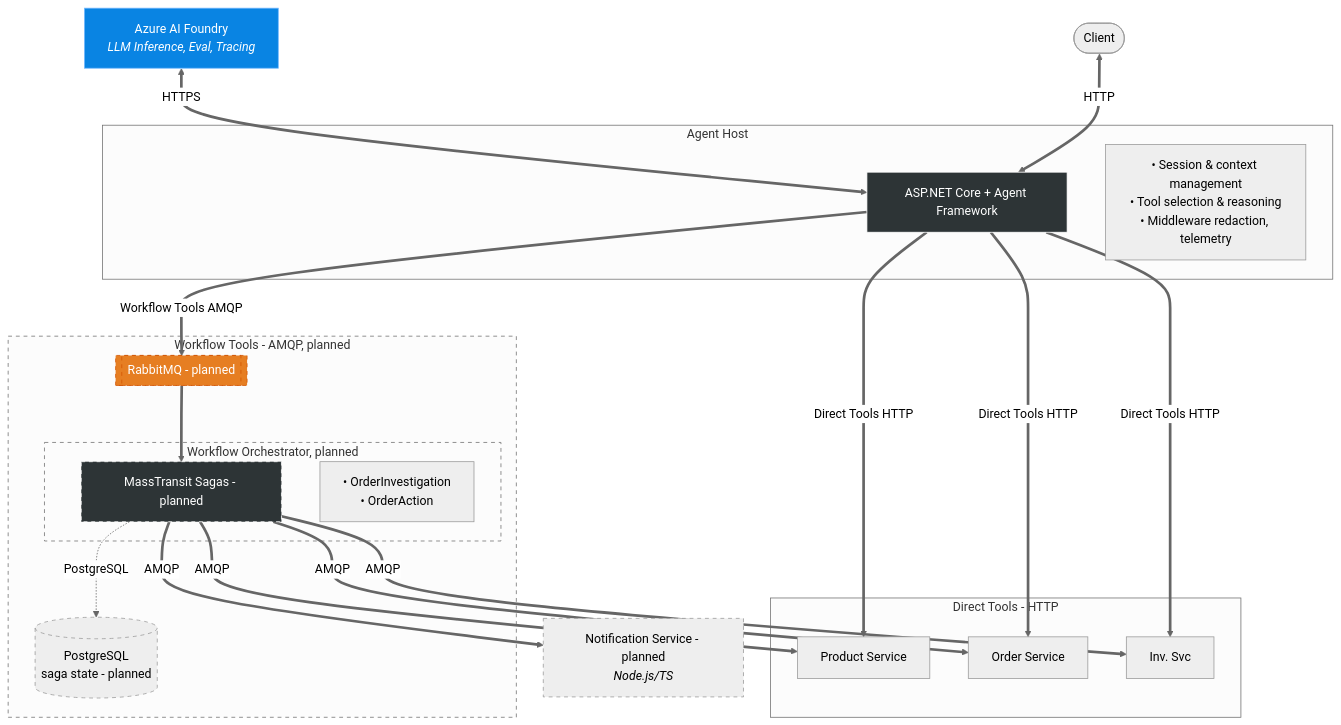
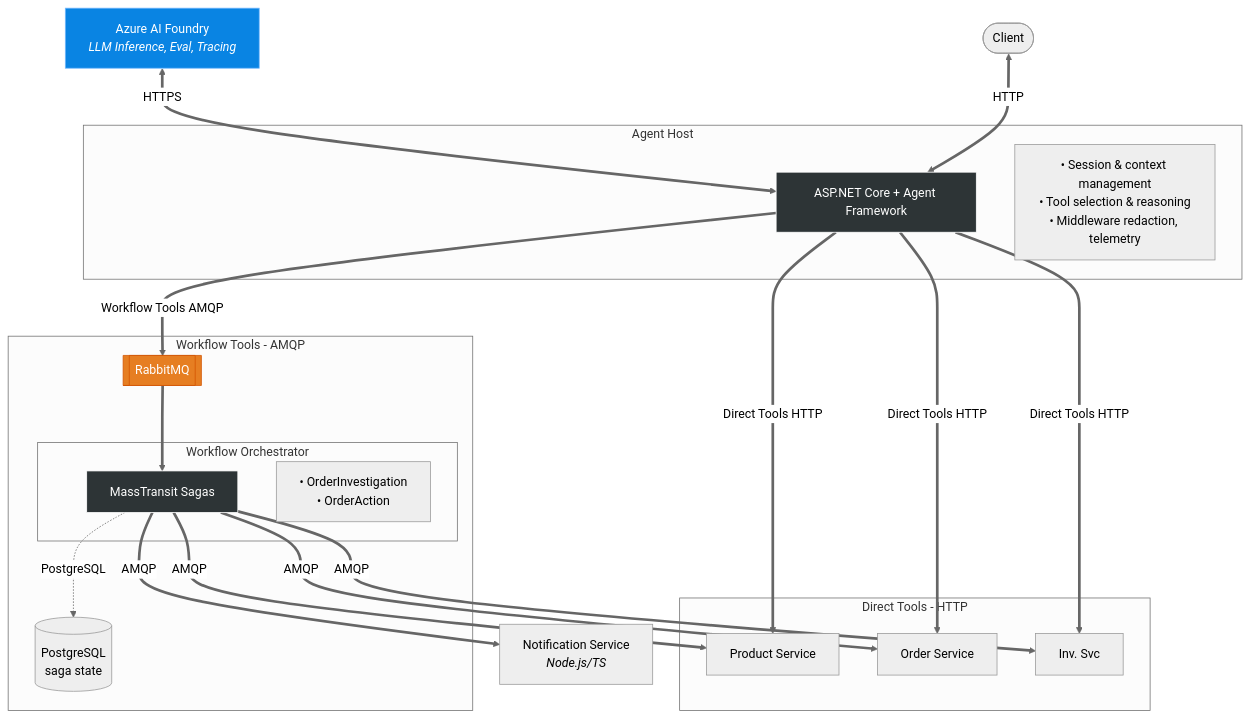
One commit to sanaullahmohammed/NexusOps changed the diagram in README.md. Above: the diagram before and after it, drawn with Mermaid (neutral theme). The commit also changed other lines of this file and 3 other files, not shown here.

````diff
--- a/README.md
+++ b/README.md
@@ -23,56 +23,52 @@
 ```mermaid
 graph TD
     %% Define Nodes
     Foundry[Azure AI Foundry<br/><i>LLM Inference, Eval, Tracing</i>]
     Client([Client])
     
     subgraph Host [Agent Host]
         AH[ASP.NET Core + Agent Framework]
         AH_D[• Session & context management<br/>• Tool selection & reasoning<br/>• Middleware redaction, telemetry]
     end
 
     subgraph Direct [Direct Tools - HTTP]
         Prod[Product Service]
         Order[Order Service]
         Inv[Inv. Svc]
     end
 
-    subgraph Async [Workflow Tools - AMQP, planned]
-        RMQ[[RabbitMQ - planned]]@{ "type" : "queue" }
-        subgraph Orch [Workflow Orchestrator, planned]
-            MT[MassTransit Sagas - planned]
+    subgraph Async [Workflow Tools - AMQP]
+        RMQ[[RabbitMQ]]@{ "type" : "queue" }
+        subgraph Orch [Workflow Orchestrator]
+            MT[MassTransit Sagas]
             MT_D[• OrderInvestigation<br/>• OrderAction]
         end
-        PG[(PostgreSQL<br/>saga state - planned)]
+        PG[(PostgreSQL<br/>saga state)]
     end
 
-    Notify[Notification Service - planned<br/><i>Node.js/TS</i>]
+    Notify[Notification Service<br/><i>Node.js/TS</i>]
 
     %% Connections
     Foundry <==> |HTTPS| AH
     Client <==> |HTTP| AH
 
     AH ==> |Direct Tools HTTP| Prod
     AH ==> |Direct Tools HTTP| Order
     AH ==> |Direct Tools HTTP| Inv
 
     AH ==> |Workflow Tools AMQP| RMQ
     RMQ ==> MT
     MT -.-> |PostgreSQL| PG
     
     %% Async Back-channel
     MT ==> |AMQP| Prod
     MT ==> |AMQP| Order
     MT ==> |AMQP| Inv
     MT ==> |AMQP| Notify
 
     %% Styles
     style AH fill:#2d3436,color:#fff,stroke:#fff
     style Foundry fill:#0984e3,color:#fff,stroke:#74b9ff
-    style RMQ fill:#e67e22,color:#fff,stroke:#d35400,stroke-dasharray: 5 5
-    style MT fill:#2d3436,color:#fff,stroke:#fff,stroke-dasharray: 5 5
-    style PG stroke-dasharray: 5 5
-    style Notify stroke-dasharray: 5 5
-    style Orch stroke-dasharray: 5 5
-    style Async stroke-dasharray: 5 5
+    style RMQ fill:#e67e22,color:#fff,stroke:#d35400
+    style MT fill:#2d3436,color:#fff,stroke:#fff
 ```
````
